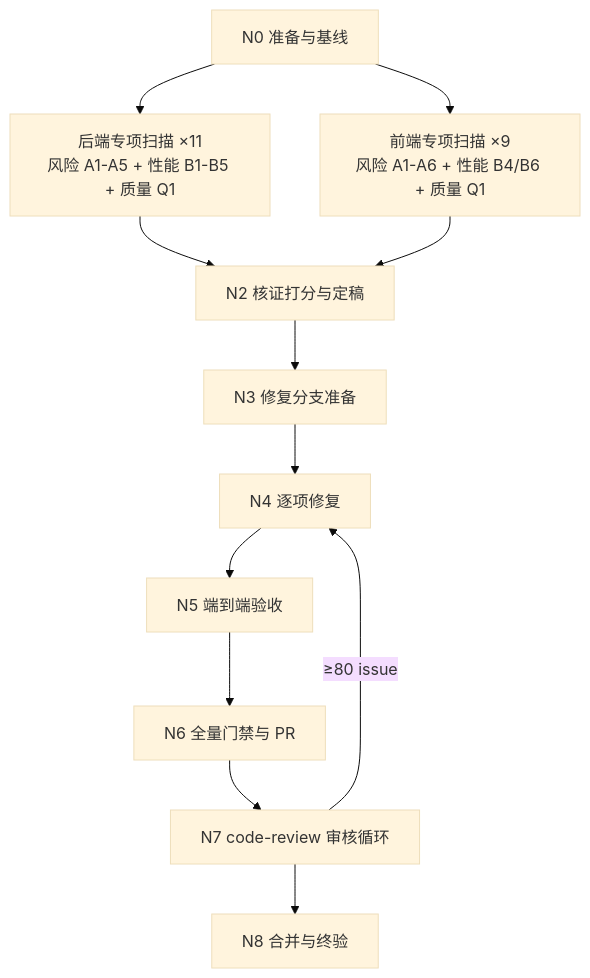
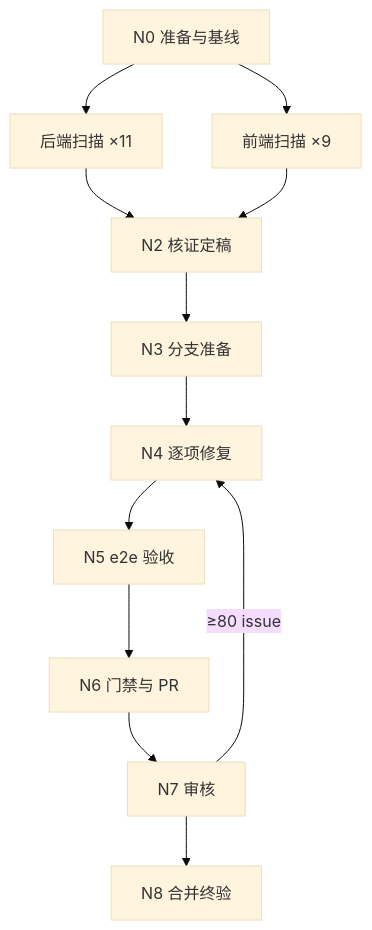
Before and after one commit to mwrforever/prompt: the diagram in skills/loop-graph-designer/examples/risk.md, drawn with Mermaid (base theme). The commit also changed other lines of this file and 5 other files, not shown here.

Commit message:
refactor: 定稿 loop-graph-designer 主控循环任务化与成品精简红线（0.2 按任务逐阶段展开禁通用抽象循环、迭代单元进循环体、分支三态写具体去向；成品 ≤5000 字/标题三级/表格 ≤3 张/协同技能一句带过；审核增精简性与可读性审计升五项；模板瘦身合并章节、删产物索引节、派遣六要素）并按新骨架重构 risk.md 场景示例，同步 examples 说明与 README

````diff
--- a/skills/loop-graph-designer/examples/risk.md
+++ b/skills/loop-graph-designer/examples/risk.md
@@ -61,14 +27,7 @@
 ```mermaid
 graph TD
-    N0[N0 准备与基线] --> SBE[后端专项扫描 ×11<br/>风险 A1-A5 + 性能 B1-B5 + 质量 Q1]
-    N0 --> SFE[前端专项扫描 ×9<br/>风险 A1-A6 + 性能 B4/B6 + 质量 Q1]
-    SBE --> N2[N2 核证打分与定稿]
-    SFE --> N2
-    N2 --> N3[N3 修复分支准备]
-    N3 --> N4[N4 逐项修复]
-    N4 --> N5[N5 端到端验收]
-    N5 --> N6[N6 全量门禁与 PR]
-    N6 --> N7[N7 code-review 审核循环]
+    N0[N0 准备与基线] --> SBE[后端扫描 ×11] & SFE[前端扫描 ×9]
+    SBE & SFE --> N2[N2 核证定稿] --> N3[N3 分支准备] --> N4[N4 逐项修复]
+    N4 --> N5[N5 e2e 验收] --> N6[N6 门禁与 PR] --> N7[N7 审核] --> N8[N8 合并终验]
     N7 -->|≥80 issue| N4
-    N7 --> N8[N8 合并与终验]
 ```
````
